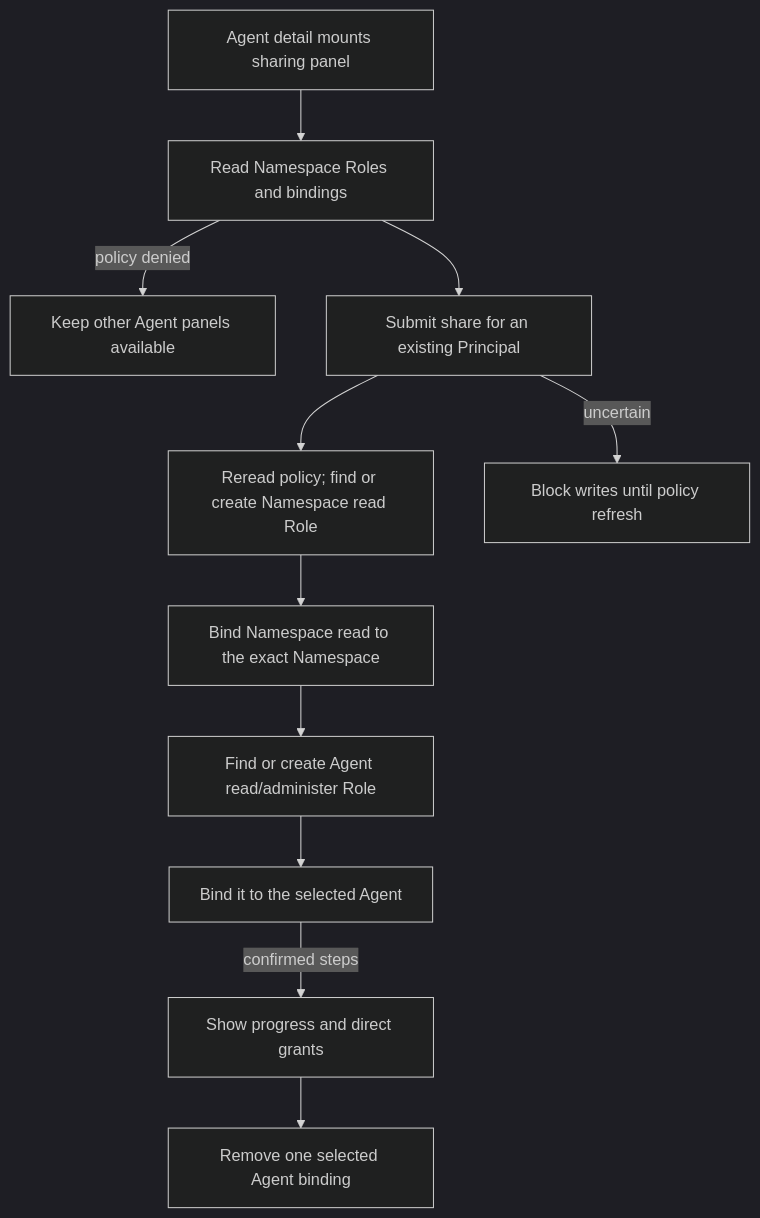
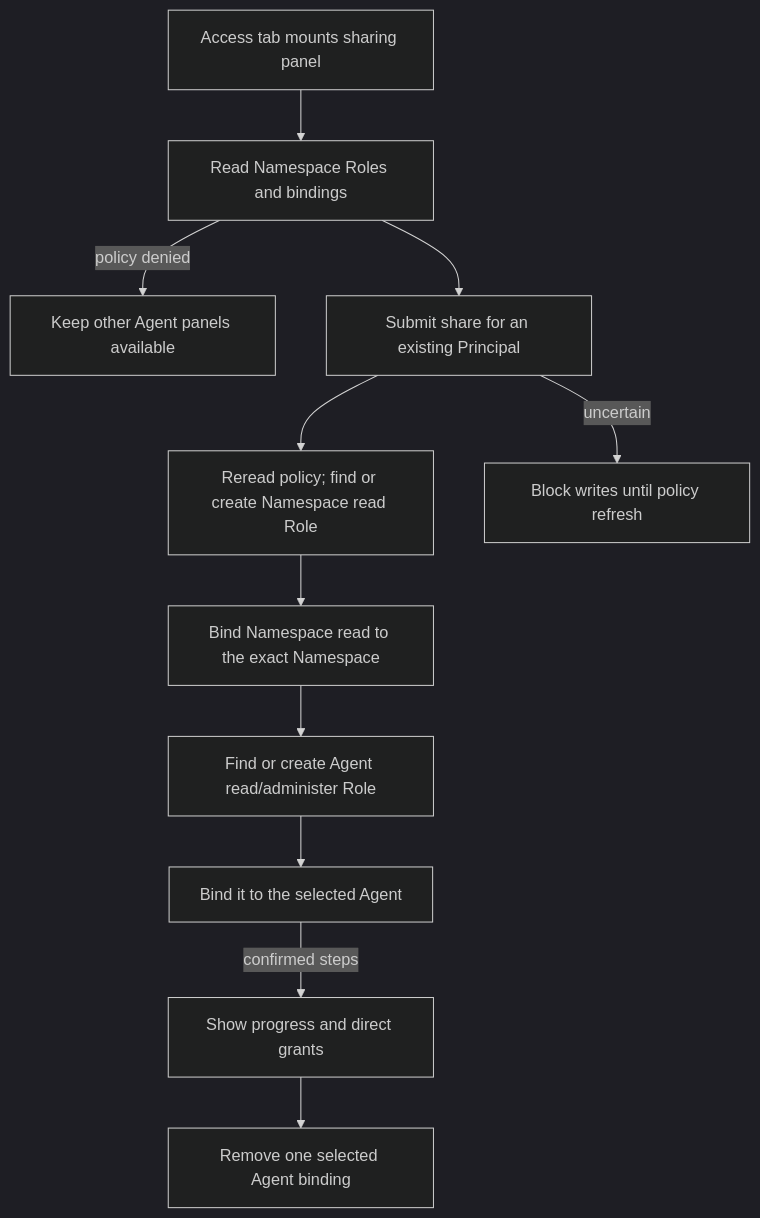
The diagram in docs/flows/platform-console/agent-sharing.md (openclaw/openclaw-enterprise), drawn with Mermaid (dark theme) before and after one commit. The commit also changed other lines of this file and 15 other files, not shown here.

First line of the commit message:
feat(console): move Share Agent into an Access tab

````diff
--- a/docs/flows/platform-console/agent-sharing.md
+++ b/docs/flows/platform-console/agent-sharing.md
@@ -28,13 +29,13 @@
 ```mermaid
 graph TD
-  A["Agent detail mounts sharing panel"] --> B["Read Namespace Roles and bindings"]
+  A["Access tab mounts sharing panel"] --> B["Read Namespace Roles and bindings"]
   B -->|policy denied| K["Keep other Agent panels available"]
   B --> C["Submit share for an existing Principal"]
   C --> D["Reread policy; find or create Namespace read Role"]
   D --> E["Bind Namespace read to the exact Namespace"]
   E --> F["Find or create Agent read/administer Role"]
   F --> G["Bind it to the selected Agent"]
   G -->|confirmed steps| H["Show progress and direct grants"]
   C -->|uncertain| Q["Block writes until policy refresh"]
   H --> R["Remove one selected Agent binding"]
 ```
````
